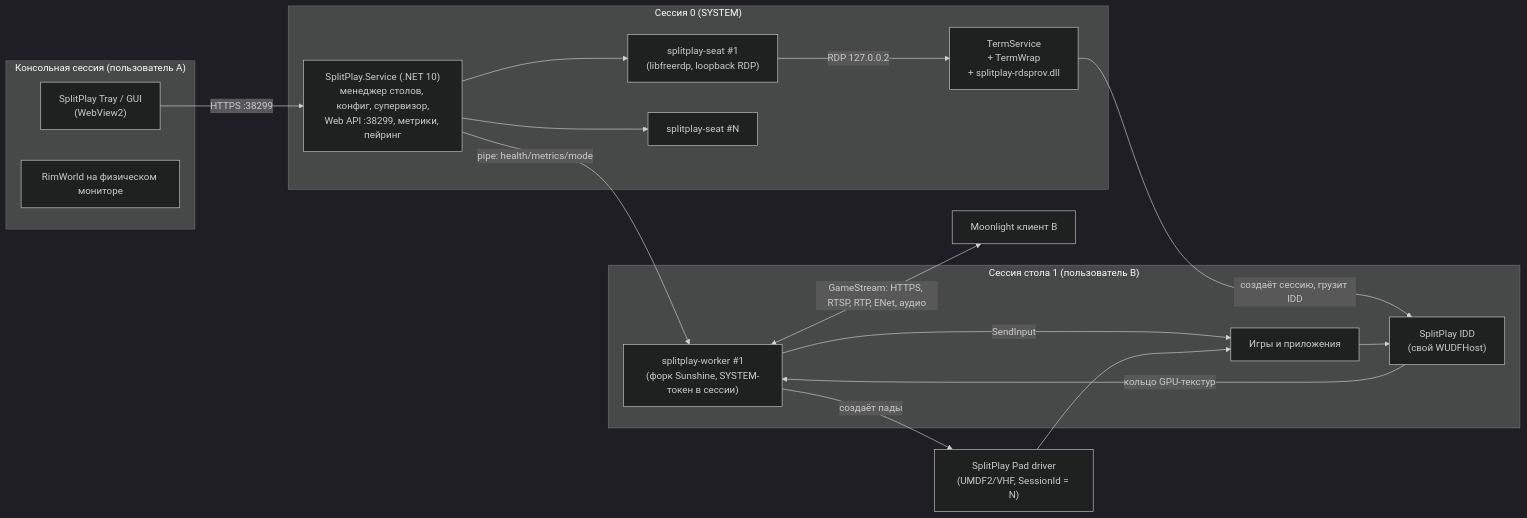
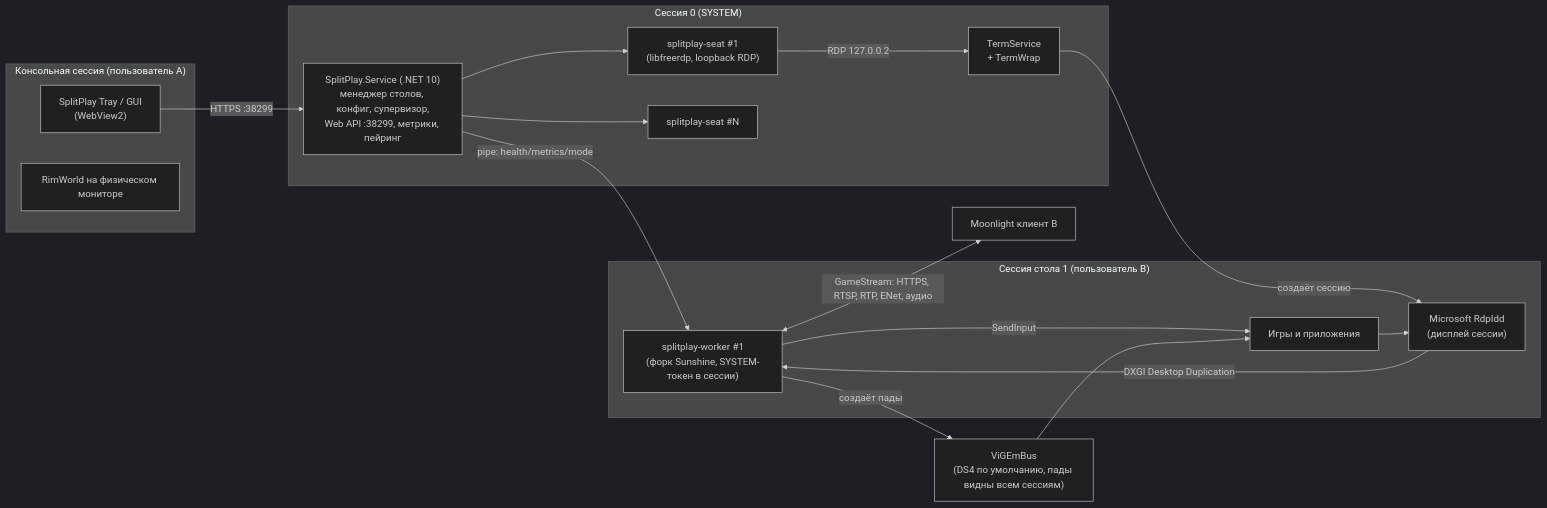
One commit to echojson7/SplitPlay changed the first of 2 diagrams in docs/ARCHITECTURE.md. Above: the diagram before and after it, drawn with Mermaid (dark theme). The commit also changed other lines of this file and 11 other files, not shown here.

````diff
--- a/docs/ARCHITECTURE.md
+++ b/docs/ARCHITECTURE.md
@@ -26,31 +28,31 @@
 ```mermaid
 flowchart LR
   subgraph S0["Сессия 0 (SYSTEM)"]
     SVC["SplitPlay.Service (.NET 10)<br/>менеджер столов, конфиг, супервизор,<br/>Web API :38299, метрики, пейринг"]
     SEAT1["splitplay-seat #1<br/>(libfreerdp, loopback RDP)"]
     SEATN["splitplay-seat #N"]
-    TS["TermService<br/>+ TermWrap<br/>+ splitplay-rdsprov.dll"]
+    TS["TermService<br/>+ TermWrap"]
   end
   subgraph S1["Сессия стола 1 (пользователь B)"]
     W1["splitplay-worker #1<br/>(форк Sunshine, SYSTEM-токен в сессии)"]
-    IDD1["SplitPlay IDD<br/>(свой WUDFHost)"]
+    IDD1["Microsoft RdpIdd<br/>(дисплей сессии)"]
     APP1["Игры и приложения"]
   end
   subgraph SC["Консольная сессия (пользователь A)"]
     TRAY["SplitPlay Tray / GUI<br/>(WebView2)"]
     GAMEA["RimWorld на физическом мониторе"]
   end
-  PAD["SplitPlay Pad driver<br/>(UMDF2/VHF, SessionId = N)"]
+  PAD["ViGEmBus<br/>(DS4 по умолчанию, пады видны всем сессиям)"]
   ML1["Moonlight клиент B"]
 
   SVC -->|"pipe: health/metrics/mode"| W1
   SVC --> SEAT1 & SEATN
   SEAT1 -->|"RDP 127.0.0.2"| TS
-  TS -->|"создаёт сессию, грузит IDD"| IDD1
+  TS -->|"создаёт сессию"| IDD1
   APP1 --> IDD1
-  IDD1 -->|"кольцо GPU-текстур"| W1
+  IDD1 -->|"DXGI Desktop Duplication"| W1
   W1 -->|"SendInput"| APP1
   W1 -->|"создаёт пады"| PAD --> APP1
   W1 <-->|"GameStream: HTTPS, RTSP, RTP, ENet, аудио"| ML1
   TRAY -->|"HTTPS :38299"| SVC
 ```
````
